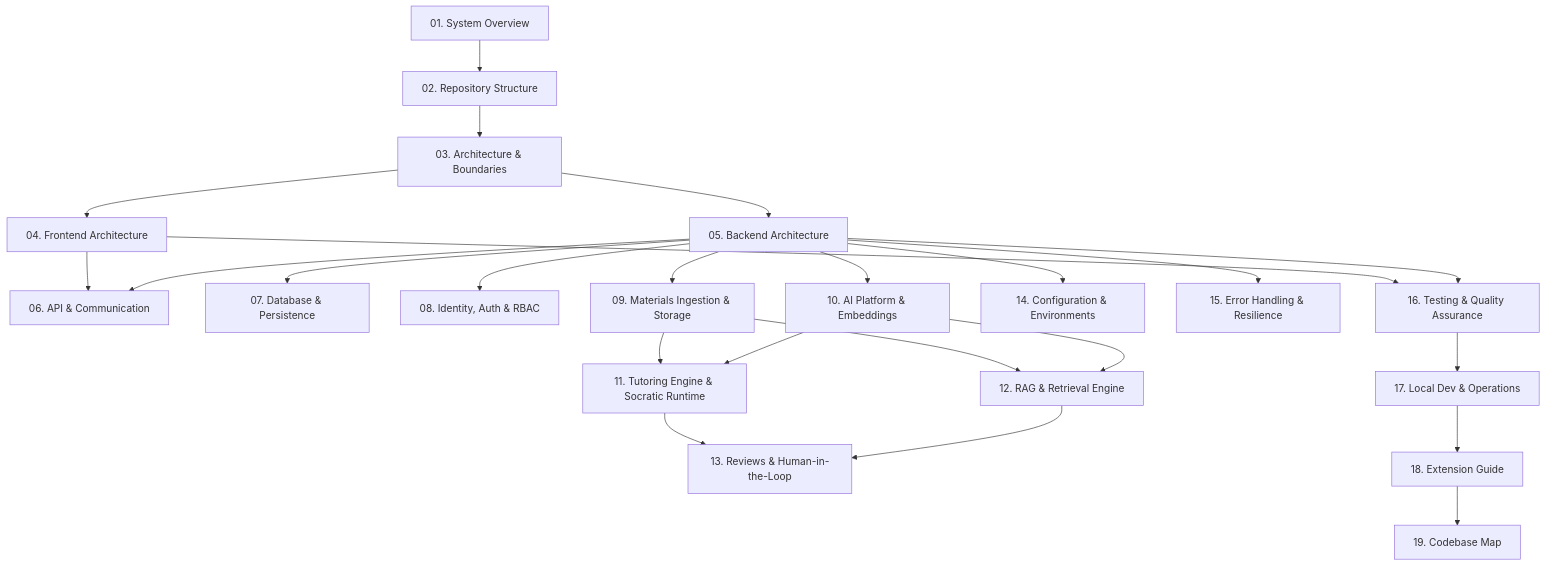
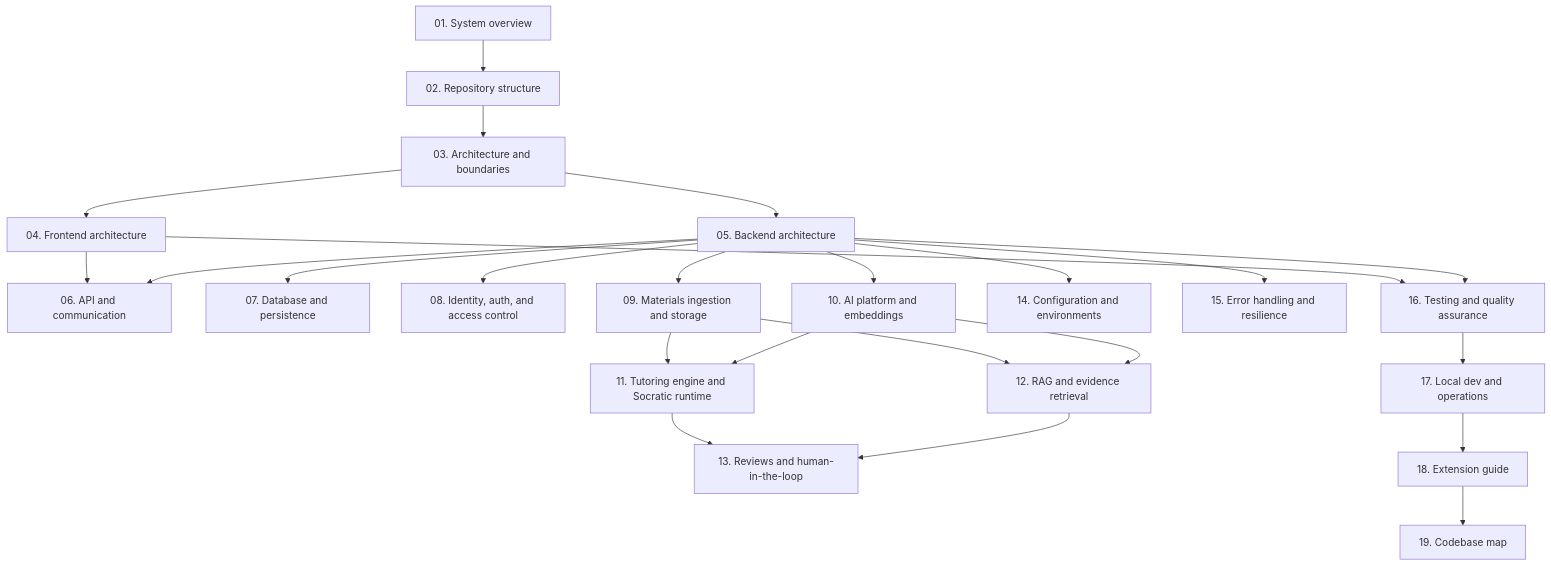
One commit to MahmoudAhmed184/Morshid changed the diagram in docs/developer-guide/README.md. Above: the diagram before and after it, drawn with Mermaid. The commit also changed other lines of this file and 19 other files, not shown here.

````diff
--- a/docs/developer-guide/README.md
+++ b/docs/developer-guide/README.md
@@ -11,21 +11,21 @@
 ```mermaid
 graph TD
-    A[01. System Overview] --> B[02. Repository Structure]
-    B --> C[03. Architecture & Boundaries]
-    C --> D[04. Frontend Architecture]
-    C --> E[05. Backend Architecture]
-    D & E --> F[06. API & Communication]
-    E --> G[07. Database & Persistence]
-    E --> H[08. Identity, Auth & RBAC]
-    E --> I[09. Materials Ingestion & Storage]
-    E --> J[10. AI Platform & Embeddings]
-    I & J --> K[11. Tutoring Engine & Socratic Runtime]
-    I & J --> L[12. RAG & Retrieval Engine]
-    K & L --> M[13. Reviews & Human-in-the-Loop]
-    E --> N[14. Configuration & Environments]
-    E --> O[15. Error Handling & Resilience]
-    D & E --> P[16. Testing & Quality Assurance]
-    P --> Q[17. Local Dev & Operations]
-    Q --> R[18. Extension Guide]
-    R --> S[19. Codebase Map]
+    A[01. System overview] --> B[02. Repository structure]
+    B --> C[03. Architecture and boundaries]
+    C --> D[04. Frontend architecture]
+    C --> E[05. Backend architecture]
+    D & E --> F[06. API and communication]
+    E --> G[07. Database and persistence]
+    E --> H[08. Identity, auth, and access control]
+    E --> I[09. Materials ingestion and storage]
+    E --> J[10. AI platform and embeddings]
+    I & J --> K[11. Tutoring engine and Socratic runtime]
+    I & J --> L[12. RAG and evidence retrieval]
+    K & L --> M[13. Reviews and human-in-the-loop]
+    E --> N[14. Configuration and environments]
+    E --> O[15. Error handling and resilience]
+    D & E --> P[16. Testing and quality assurance]
+    P --> Q[17. Local dev and operations]
+    Q --> R[18. Extension guide]
+    R --> S[19. Codebase map]
 ```
````
